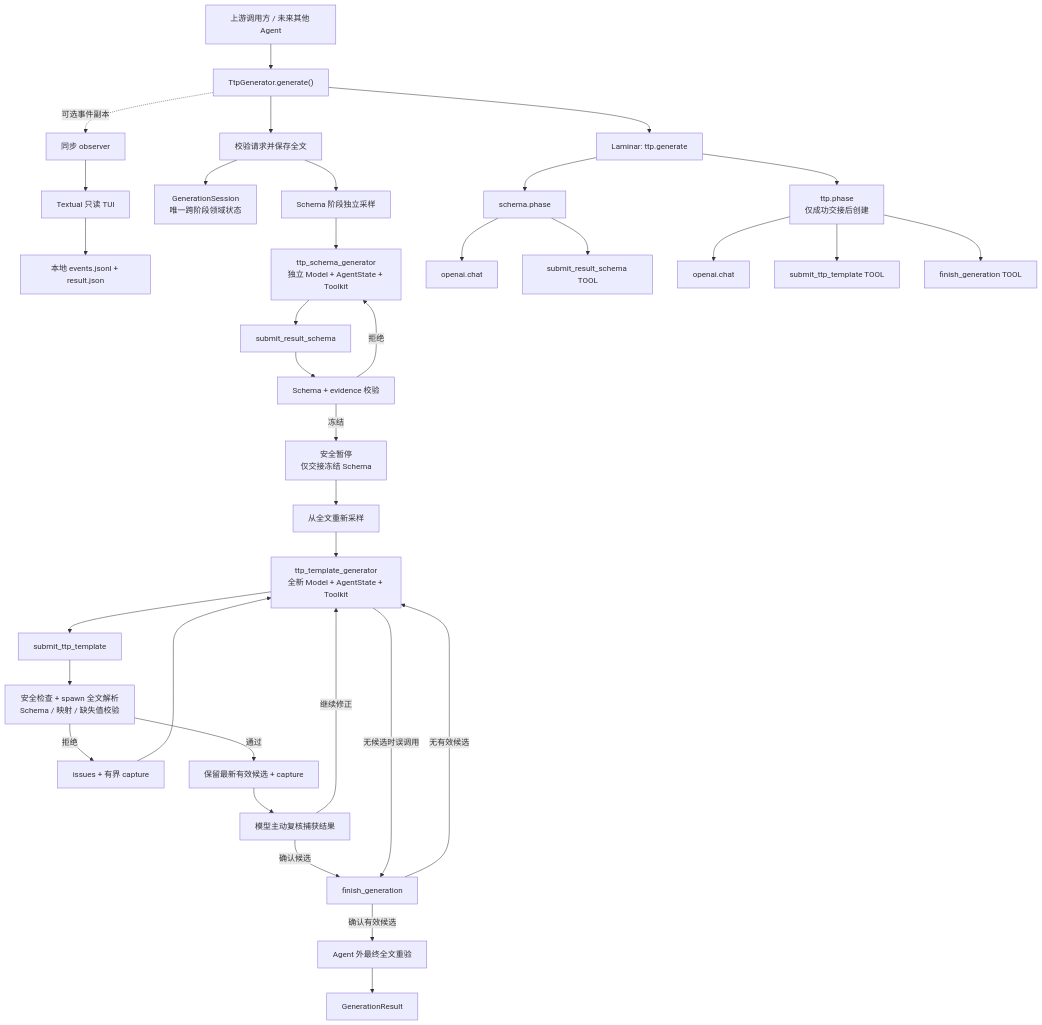
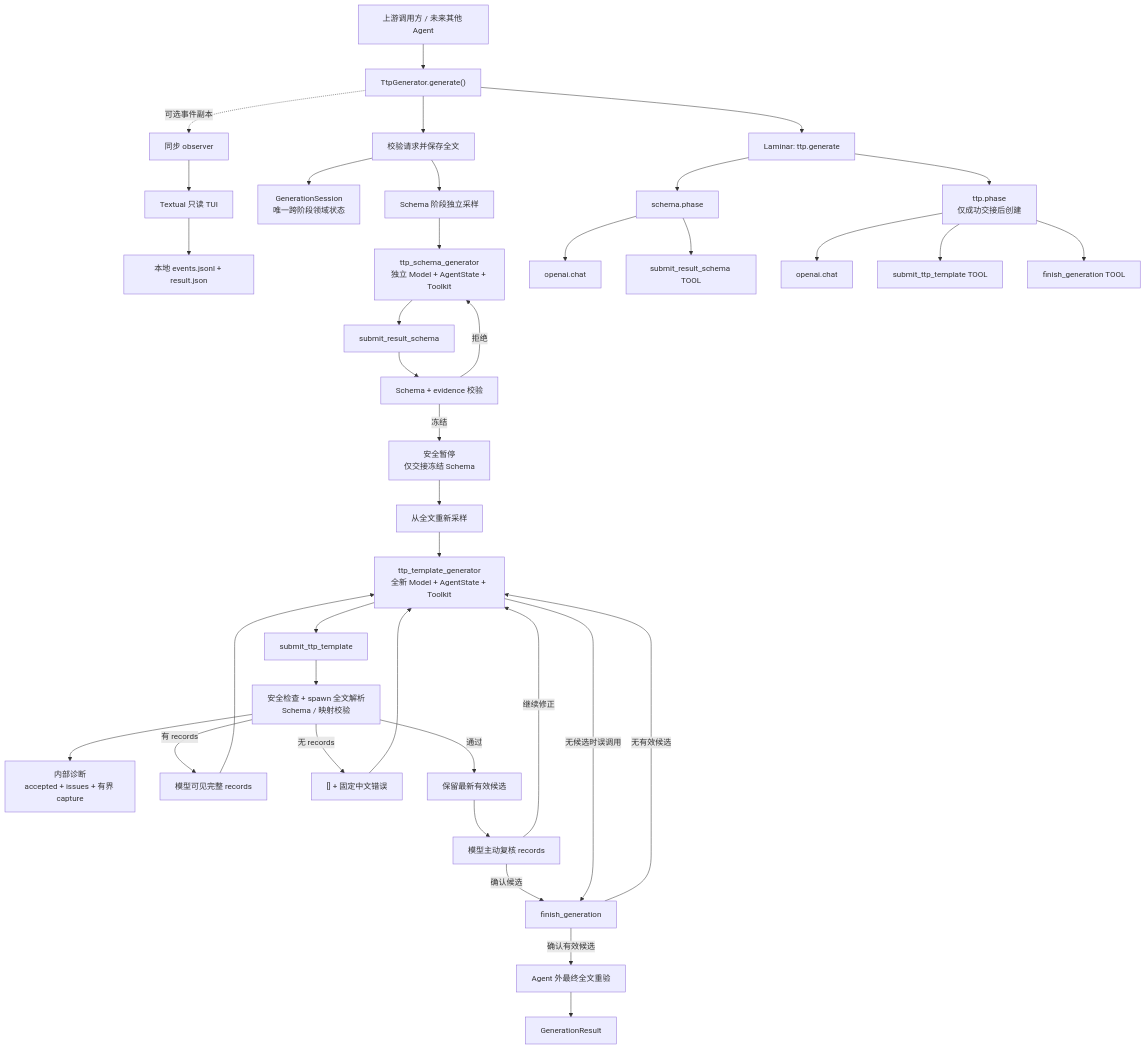
Before and after one commit to Madolkke/cli-parser: the diagram in docs/agent-architecture-and-runtime.md, drawn with Mermaid. The commit also changed other lines of this file and 15 other files, not shown here.

````diff
--- a/docs/agent-architecture-and-runtime.md
+++ b/docs/agent-architecture-and-runtime.md
@@ -11,40 +11,43 @@
 ```mermaid
 flowchart TD
     U["上游调用方 / 未来其他 Agent"] --> API["TtpGenerator.generate()"]
     API --> REQ["校验请求并保存全文"]
     API --> ROOT["Laminar: ttp.generate"]
     API -. "可选事件副本" .-> OBS["同步 observer"]
     OBS --> TUI["Textual 只读 TUI"]
     TUI --> LOCAL["本地 events.jsonl + result.json"]
 
     REQ --> SESSION["GenerationSession<br/>唯一跨阶段领域状态"]
     REQ --> SSAMPLE["Schema 阶段独立采样"]
     SSAMPLE --> SAGENT["ttp_schema_generator<br/>独立 Model + AgentState + Toolkit"]
     SAGENT --> STOOL["submit_result_schema"]
     STOOL --> SVALIDATE["Schema + evidence 校验"]
     SVALIDATE -->|拒绝| SAGENT
     SVALIDATE -->|冻结| HANDOFF["安全暂停<br/>仅交接冻结 Schema"]
 
     HANDOFF --> TSAMPLE["从全文重新采样"]
     TSAMPLE --> TAGENT["ttp_template_generator<br/>全新 Model + AgentState + Toolkit"]
     TAGENT --> TTOOL["submit_ttp_template"]
-    TTOOL --> TVALIDATE["安全检查 + spawn 全文解析<br/>Schema / 映射 / 缺失值校验"]
-    TVALIDATE -->|拒绝| CAPTURE["issues + 有界 capture"]
-    CAPTURE --> TAGENT
-    TVALIDATE -->|通过| CANDIDATE["保留最新有效候选 + capture"]
-    CANDIDATE --> REVIEW["模型主动复核捕获结果"]
+    TTOOL --> TVALIDATE["安全检查 + spawn 全文解析<br/>Schema / 映射校验"]
+    TVALIDATE --> DIAGNOSTIC["内部诊断<br/>accepted + issues + 有界 capture"]
+    TVALIDATE -->|有 records| MATCH["模型可见完整 records"]
+    TVALIDATE -->|无 records| EMPTY["[] + 固定中文错误"]
+    MATCH --> TAGENT
+    EMPTY --> TAGENT
+    TVALIDATE -->|通过| CANDIDATE["保留最新有效候选"]
+    CANDIDATE --> REVIEW["模型主动复核 records"]
     REVIEW -->|继续修正| TAGENT
     REVIEW -->|确认候选| FTOOL["finish_generation"]
     TAGENT -->|无候选时误调用| FTOOL
     FTOOL -->|无有效候选| TAGENT
     FTOOL -->|确认有效候选| FINAL["Agent 外最终全文重验"]
     FINAL --> RESULT["GenerationResult"]
 
     ROOT --> SPHASE["schema.phase"]
     SPHASE --> SLLM["openai.chat"]
     SPHASE --> STOOLSPAN["submit_result_schema TOOL"]
     ROOT --> TPHASE["ttp.phase<br/>仅成功交接后创建"]
     TPHASE --> TLLM["openai.chat"]
     TPHASE --> TTOOLSPAN["submit_ttp_template TOOL"]
     TPHASE --> FTOOLSPAN["finish_generation TOOL"]
 ```
````
